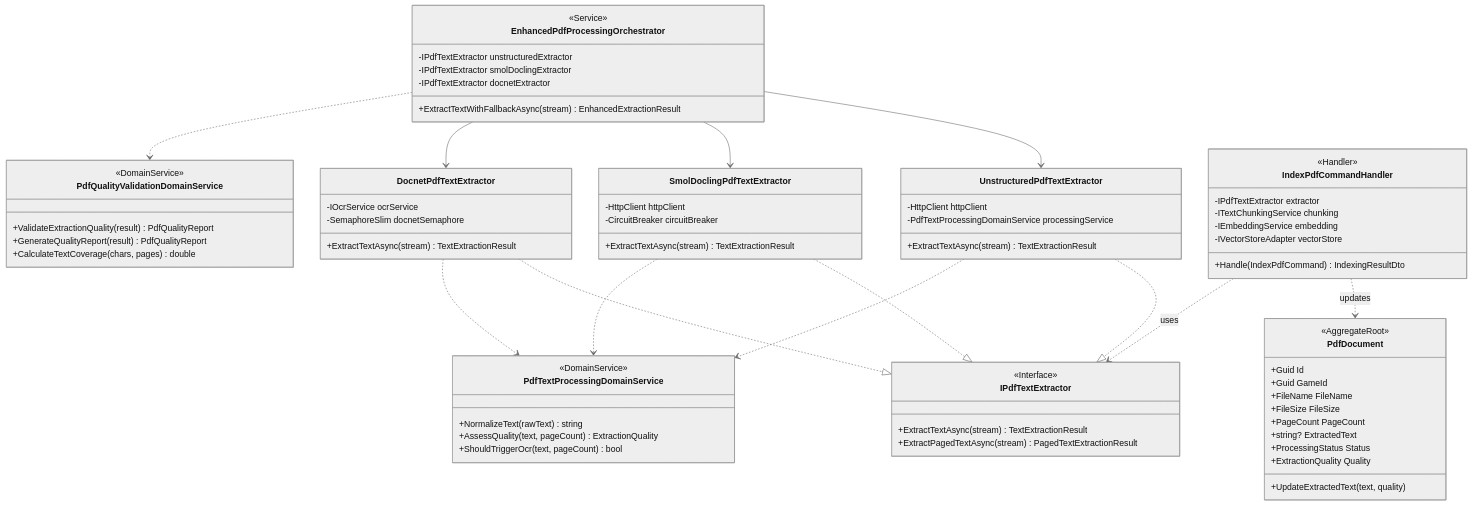
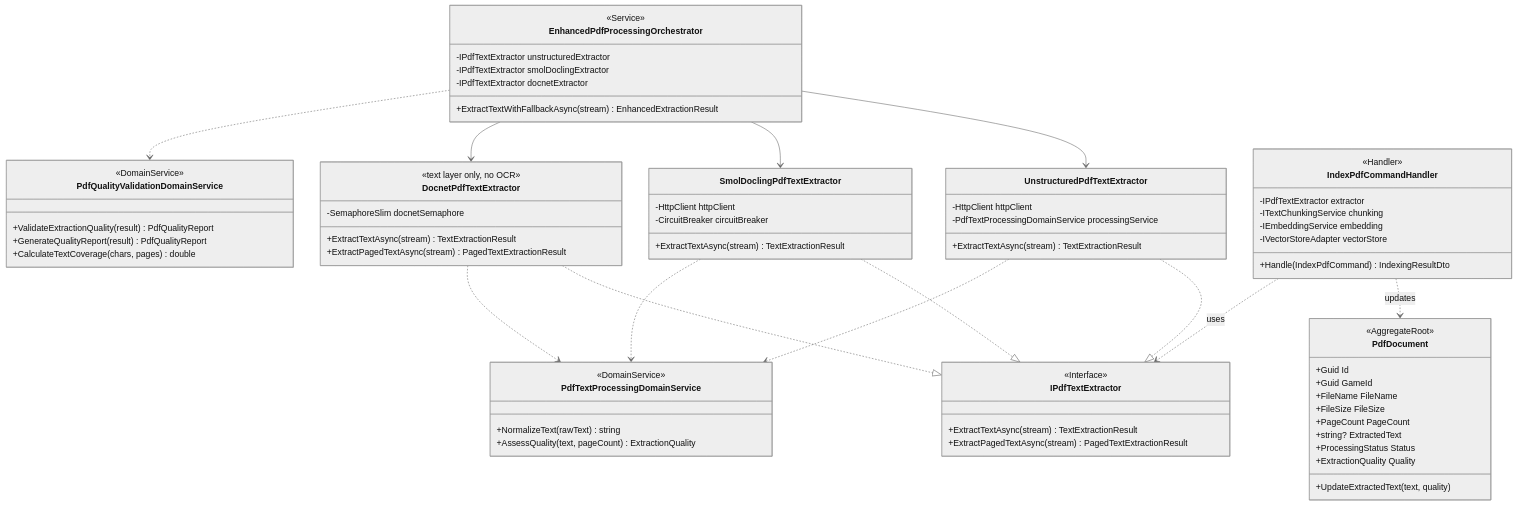
The fourth of 9 diagrams in docs/for-claude/architecture/diagrams/bounded-contexts-interactions.md (meepleAi-app/meepleai-monorepo), drawn with Mermaid (neutral theme) before and after one commit. The commit also changed other lines of this file and 2 other files, not shown here.

Commit message:
docs(pdf): Docnet non fa OCR (#4437)
README di DocumentProcessing e i due diagrammi di architettura dicevano che
Docnet ripiegava su Tesseract e citavano ShouldTriggerOcr e la chiave
OcrThresholdCharsPerPage, che non esistono piu'.

```diff
--- a/docs/for-claude/architecture/diagrams/bounded-contexts-interactions.md
+++ b/docs/for-claude/architecture/diagrams/bounded-contexts-interactions.md
@@ -289,8 +289,9 @@
     }
 
     class DocnetPdfTextExtractor {
+        <<text layer only, no OCR>>
         +ExtractTextAsync(stream) TextExtractionResult
-        -IOcrService ocrService
+        +ExtractPagedTextAsync(stream) PagedTextExtractionResult
         -SemaphoreSlim docnetSemaphore
     }
 
@@ -305,7 +306,6 @@
         <<DomainService>>
         +NormalizeText(rawText) string
         +AssessQuality(text, pageCount) ExtractionQuality
-        +ShouldTriggerOcr(text, pageCount) bool
     }
 
     class IndexPdfCommandHandler {
```
